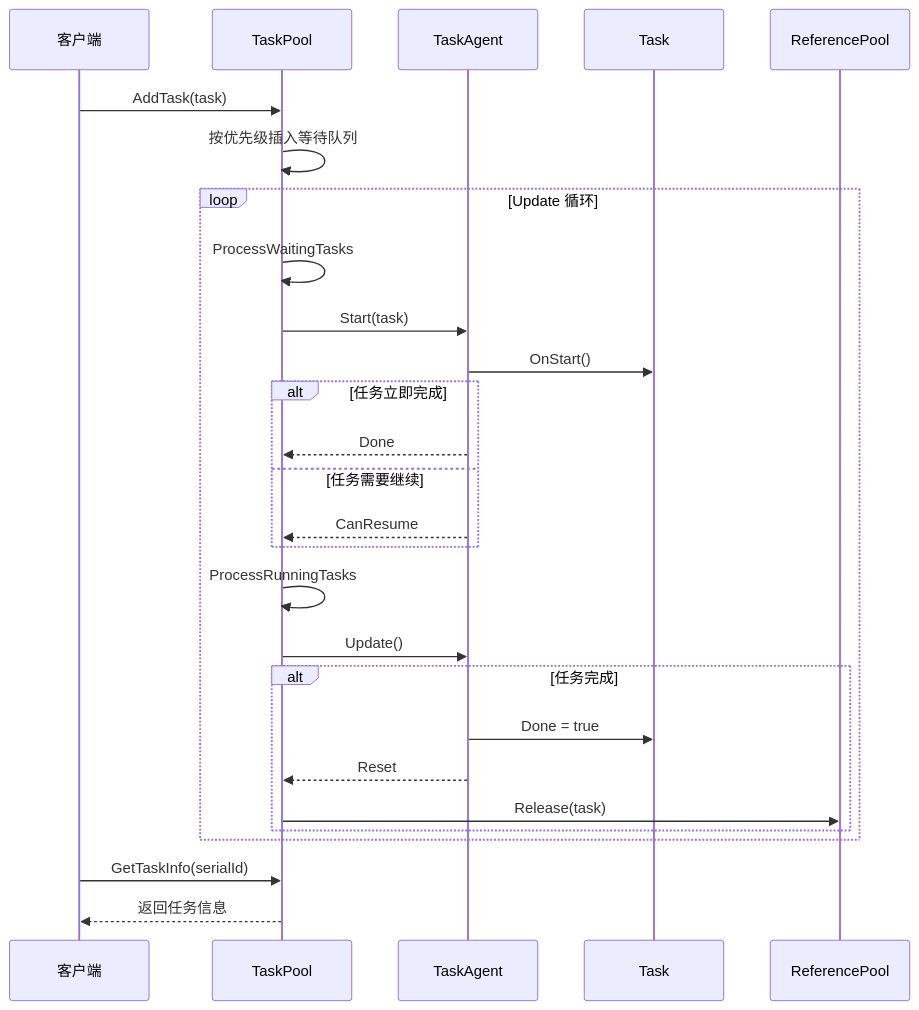
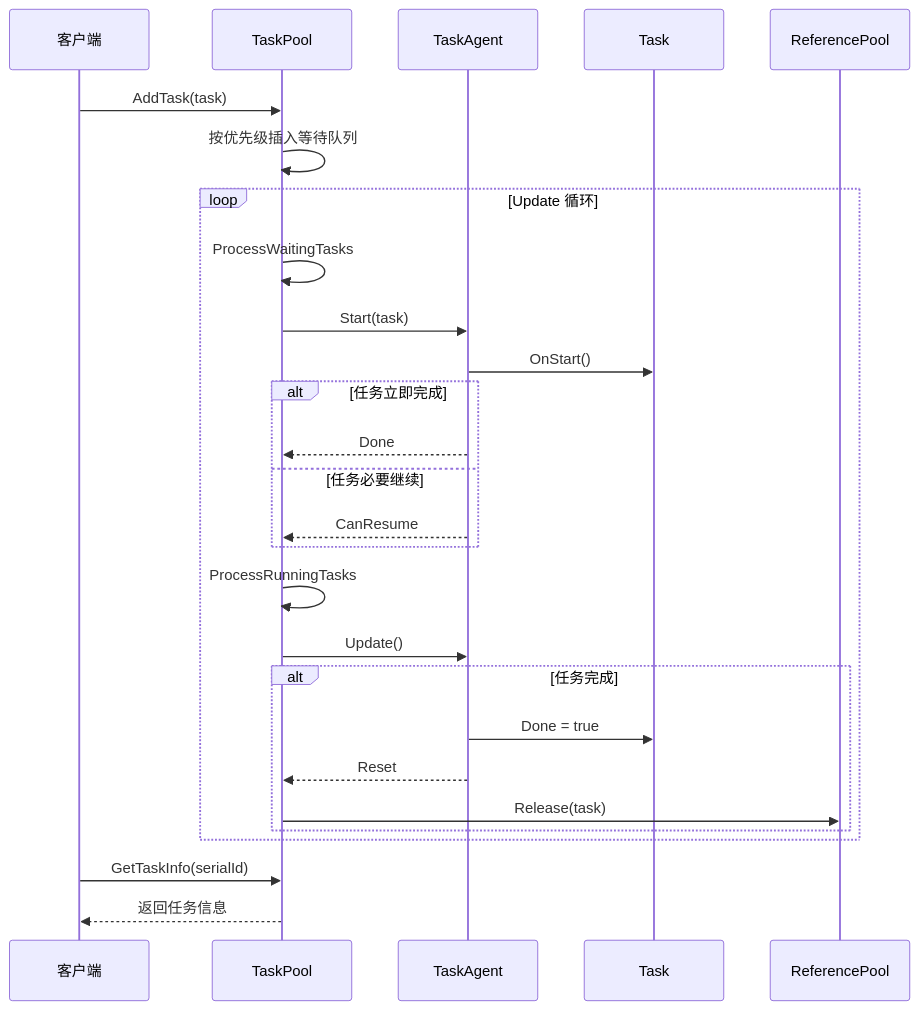
The third of 3 diagrams in docs/ja/client/unity/component/core/09.task-pool.md (AlianBlank/GameFrameX.Docs), drawn with Mermaid before and after one commit. The commit also changed other lines of this file and 603 other files, not shown here.

````diff
--- a/docs/ja/client/unity/component/core/09.task-pool.md
+++ b/docs/ja/client/unity/component/core/09.task-pool.md
@@ -232,35 +232,35 @@
 ```mermaid
 sequenceDiagram
     participant Client as 客户端
     participant Pool as TaskPool
     participant Agent as TaskAgent
     participant Task as Task
     participant RefPool as ReferencePool
     
     Client->>Pool: AddTask(task)
     Pool->>Pool: 按优先级插入等待队列
     
     loop Update 循环
         Pool->>Pool: ProcessWaitingTasks
         Pool->>Agent: Start(task)
         Agent->>Task: OnStart()
         
         alt 任务立即完成
             Agent-->>Pool: Done
-        else 任务需要继续
+        else 任务必要继续
             Agent-->>Pool: CanResume
         end
         
         Pool->>Pool: ProcessRunningTasks
         Pool->>Agent: Update()
         
         alt 任务完成
             Agent->>Task: Done = true
             Agent-->>Pool: Reset
             Pool->>RefPool: Release(task)
         end
     end
     
     Client->>Pool: GetTaskInfo(serialId)
     Pool-->>Client: 返回任务信息
 ```
````
